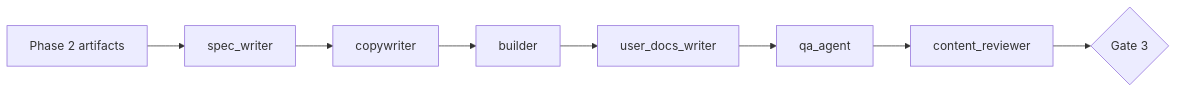
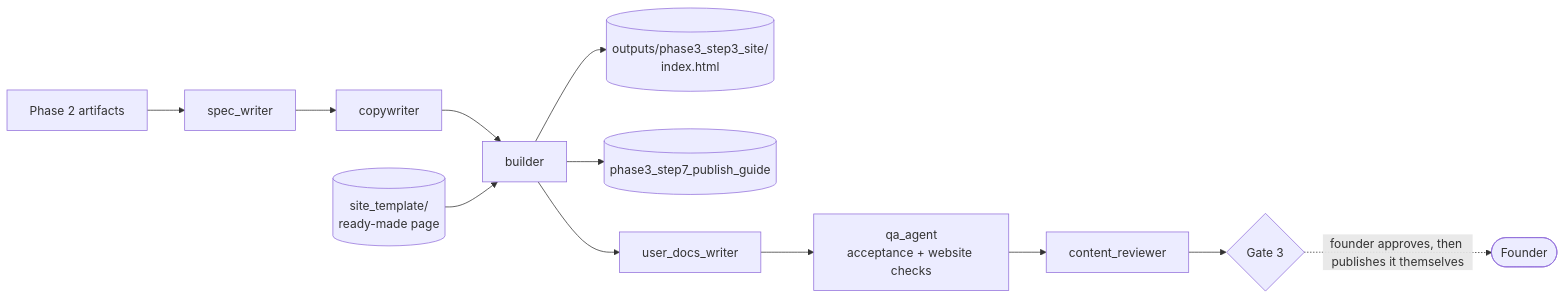
The fourth of 7 diagrams in ARCHITECTURE.md (SedraElkhayat/The-Hallucinators), drawn with Mermaid before and after one commit. The commit also changed other lines of this file and 7 other files, not shown here.

First line of the commit message:
Founder website: preview/download in the UI, outputs folder checks, docs

````diff
--- a/ARCHITECTURE.md
+++ b/ARCHITECTURE.md
@@ -111,4 +111,9 @@
 ```mermaid
 flowchart LR
-  P2[Phase 2 artifacts] --> SP[spec_writer] --> CW[copywriter] --> BD[builder] --> UD[user_docs_writer] --> QA[qa_agent] --> CRV[content_reviewer] --> G3{Gate 3}
+  P2[Phase 2 artifacts] --> SP[spec_writer] --> CW[copywriter] --> BD[builder]
+  TPL[(site_template/<br/>ready-made page)] --> BD
+  BD --> SITE[(outputs/phase3_step3_site/<br/>index.html)]
+  BD --> PG[(phase3_step7_publish_guide)]
+  BD --> UD[user_docs_writer] --> QA[qa_agent<br/>acceptance + website checks] --> CRV[content_reviewer] --> G3{Gate 3}
+  G3 -. founder approves, then publishes it themselves .-> F([Founder])
 ```
````
